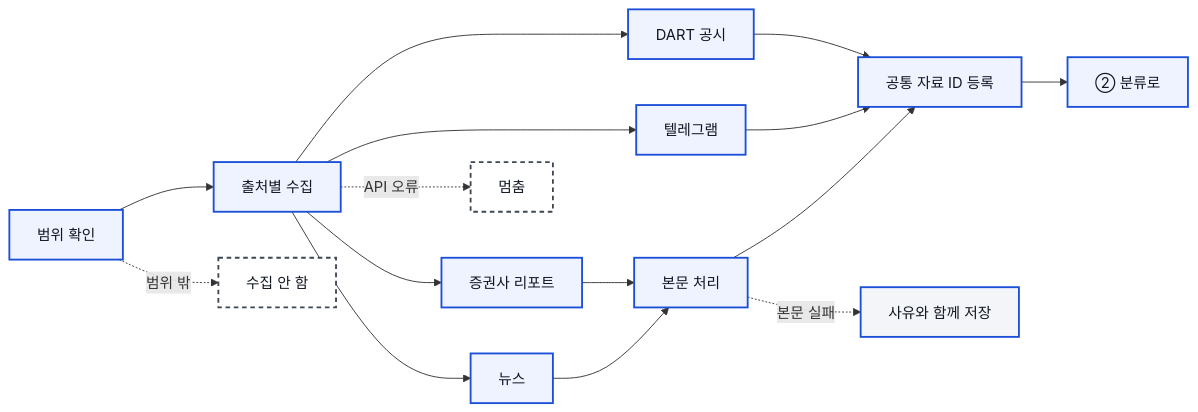
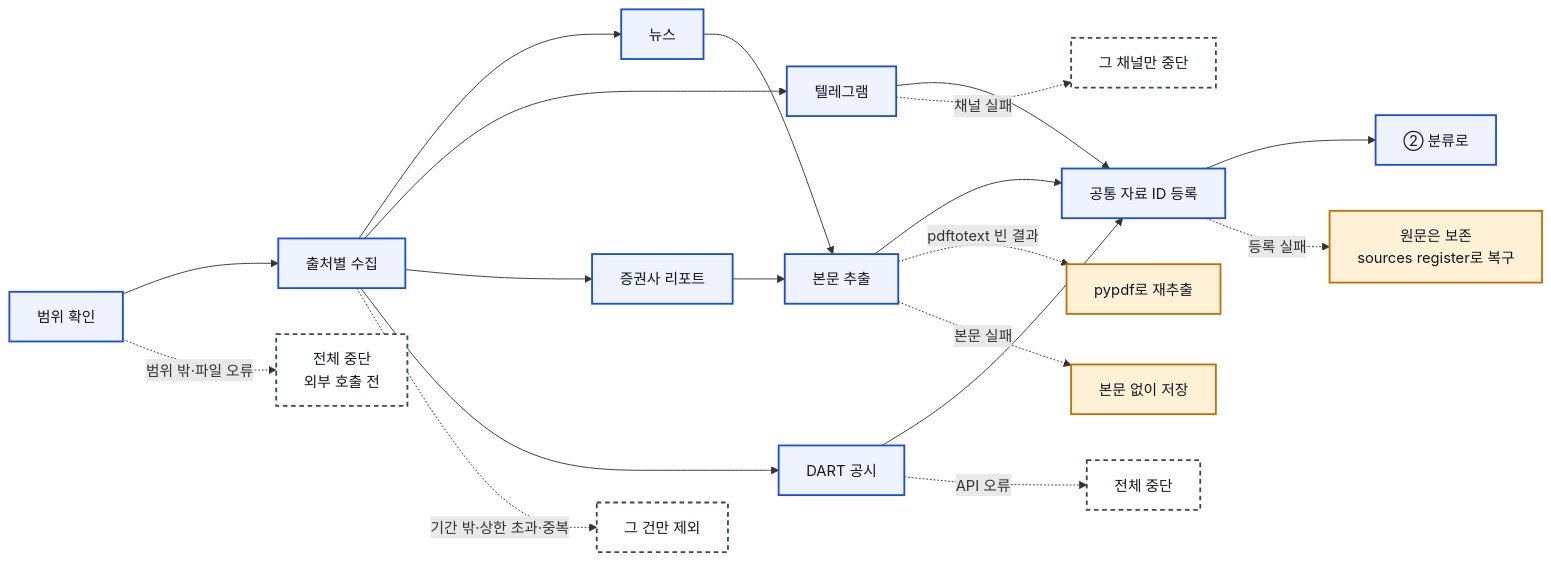
One commit to stfifo/ktc-pt changed the diagram in asset/mermaid/1-collect.mmd. Above: the diagram before and after it, drawn with Mermaid. The commit also changed 11 other files, not shown here.

Commit message:
차별화 포인트 근거 카드 제거, 시연 영상 확대, AI 에이전트 다이어그램을 docs 기준으로 수정

```diff
--- a/asset/mermaid/1-collect.mmd
+++ b/asset/mermaid/1-collect.mmd
@@ -1,22 +1,26 @@
 flowchart LR
   A[범위 확인] --> B[출처별 수집]
   B --> N[뉴스]
   B --> T[텔레그램]
   B --> P[증권사 리포트]
   B --> G[DART 공시]
-  N --> C[본문 처리]
+  N --> C[본문 추출]
   P --> C
   C --> D[공통 자료 ID 등록]
   T --> D
   G --> D
-  A -.범위 밖.-> X1[수집 안 함]
-  B -.API 오류.-> X2[멈춤]
-  C -.본문 실패.-> F1[사유와 함께 저장]
   D --> NEXT[② 분류로]
+  A -.범위 밖·파일 오류.-> X1[전체 중단<br/>외부 호출 전]
+  B -.기간 밖·상한 초과·중복.-> X2[그 건만 제외]
+  T -.채널 실패.-> X3[그 채널만 중단]
+  G -.API 오류.-> X4[전체 중단]
+  C -.pdftotext 빈 결과.-> F2[pypdf로 재추출]
+  C -.본문 실패.-> F1[본문 없이 저장]
+  D -.등록 실패.-> F3[원문은 보존<br/>sources register로 복구]
   classDef code fill:#EEF3FF,stroke:#1B4FD8,stroke-width:2px,color:#111721
   classDef llm fill:#1B4FD8,stroke:#143BA6,stroke-width:2px,color:#FFFFFF
-  classDef fb fill:#F3F5F8,stroke:#1B4FD8,stroke-width:2px,color:#111721
+  classDef fb fill:#FFF1D6,stroke:#C2700A,stroke-width:2px,color:#111721
   classDef stop fill:#FFFFFF,stroke:#3F4753,stroke-width:2px,stroke-dasharray:5 4,color:#111721
   class A,B,N,T,P,G,C,D,NEXT code
-  class F1 fb
-  class X1,X2 stop
+  class F1,F2,F3 fb
+  class X1,X2,X3,X4 stop
```
